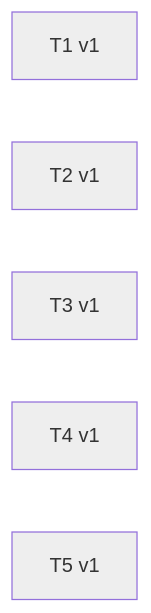
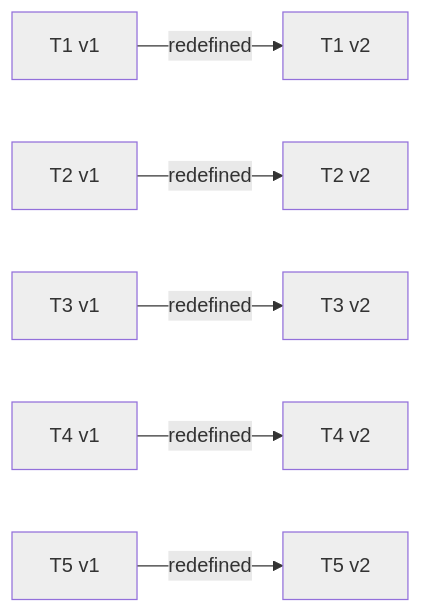
Diagram 31 of 31 in docs/specs/OVERVIEW.md (Curry09/OpenAgents), drawn with Mermaid before and after one commit. The commit also changed other lines of this file and 12 other files, not shown here.

````diff
--- a/docs/specs/OVERVIEW.md
+++ b/docs/specs/OVERVIEW.md
@@ -742,14 +742,29 @@
 ```mermaid
 graph LR
     v_T1_1["T1 v1"]
+    v_T1_2["T1 v2"]
+    v_T1_1 -->|redefined| v_T1_2
     v_T2_1["T2 v1"]
+    v_T2_2["T2 v2"]
+    v_T2_1 -->|redefined| v_T2_2
     v_T3_1["T3 v1"]
+    v_T3_2["T3 v2"]
+    v_T3_1 -->|redefined| v_T3_2
     v_T4_1["T4 v1"]
+    v_T4_2["T4 v2"]
+    v_T4_1 -->|redefined| v_T4_2
     v_T5_1["T5 v1"]
+    v_T5_2["T5 v2"]
+    v_T5_1 -->|redefined| v_T5_2
     classDef st_pending fill:#eeeeee;
     class v_T1_1 st_pending;
+    class v_T1_2 st_pending;
     class v_T2_1 st_pending;
+    class v_T2_2 st_pending;
     class v_T3_1 st_pending;
+    class v_T3_2 st_pending;
     class v_T4_1 st_pending;
+    class v_T4_2 st_pending;
     class v_T5_1 st_pending;
+    class v_T5_2 st_pending;
 ```
````
